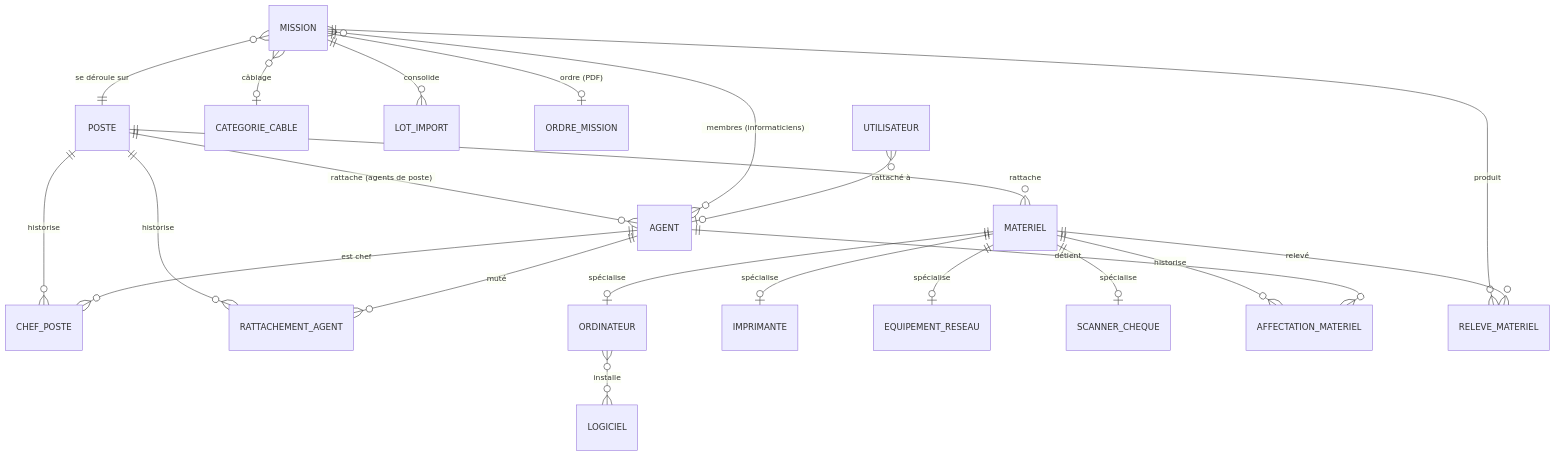
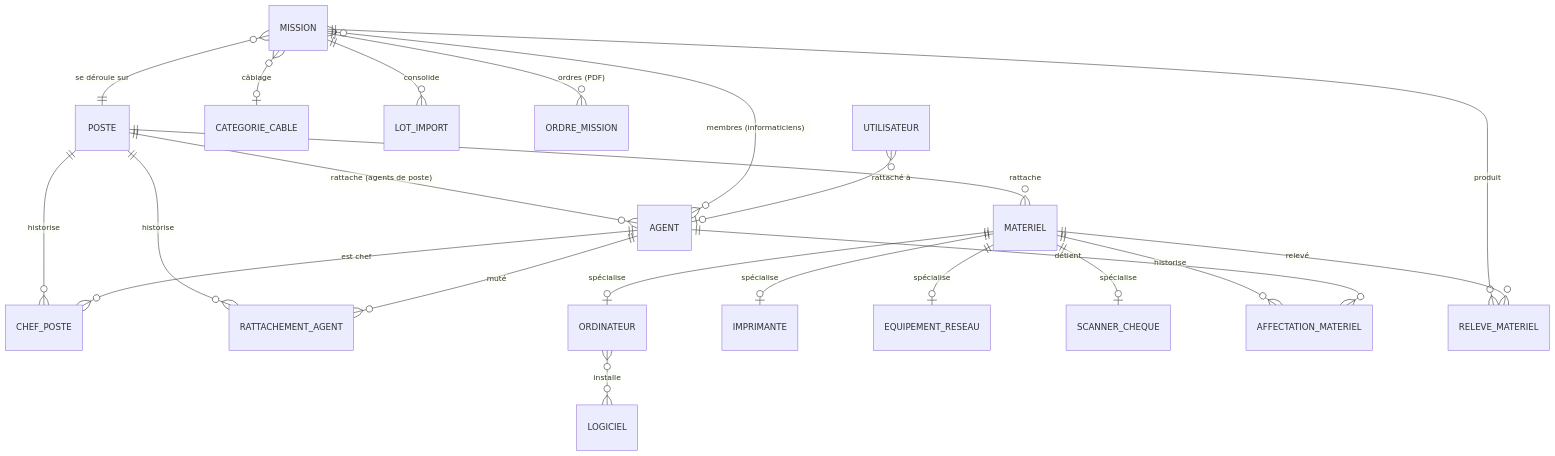
One commit to amadoulamine1/Missions_DGCPT changed the diagram in docs/04-Modele-de-donnees.md. Above: the diagram before and after it, drawn with Mermaid. The commit also changed other lines of this file and 24 other files, not shown here.

````diff
--- a/docs/04-Modele-de-donnees.md
+++ b/docs/04-Modele-de-donnees.md
@@ -5,24 +5,24 @@
 ```mermaid
 erDiagram
     POSTE ||--o{ AGENT : "rattache (agents de poste)"
     POSTE ||--o{ CHEF_POSTE : "historise"
     AGENT ||--o{ CHEF_POSTE : "est chef"
     POSTE ||--o{ RATTACHEMENT_AGENT : "historise"
     AGENT ||--o{ RATTACHEMENT_AGENT : "muté"
     POSTE ||--o{ MATERIEL : "rattache"
     MATERIEL ||--o| ORDINATEUR : "spécialise"
     MATERIEL ||--o| IMPRIMANTE : "spécialise"
     MATERIEL ||--o| EQUIPEMENT_RESEAU : "spécialise"
     MATERIEL ||--o| SCANNER_CHEQUE : "spécialise"
     MATERIEL ||--o{ AFFECTATION_MATERIEL : "historise"
     AGENT ||--o{ AFFECTATION_MATERIEL : "détient"
     ORDINATEUR }o--o{ LOGICIEL : "installe"
     MISSION ||--o{ RELEVE_MATERIEL : "produit"
     MATERIEL ||--o{ RELEVE_MATERIEL : "relevé"
     MISSION }o--|| POSTE : "se déroule sur"
     MISSION }o--o{ AGENT : "membres (informaticiens)"
     MISSION }o--o| CATEGORIE_CABLE : "câblage"
     MISSION ||--o{ LOT_IMPORT : "consolide"
-    MISSION ||--o| ORDRE_MISSION : "ordre (PDF)"
+    MISSION ||--o{ ORDRE_MISSION : "ordres (PDF)"
     UTILISATEUR }o--o| AGENT : "rattaché à"
 ```
````
